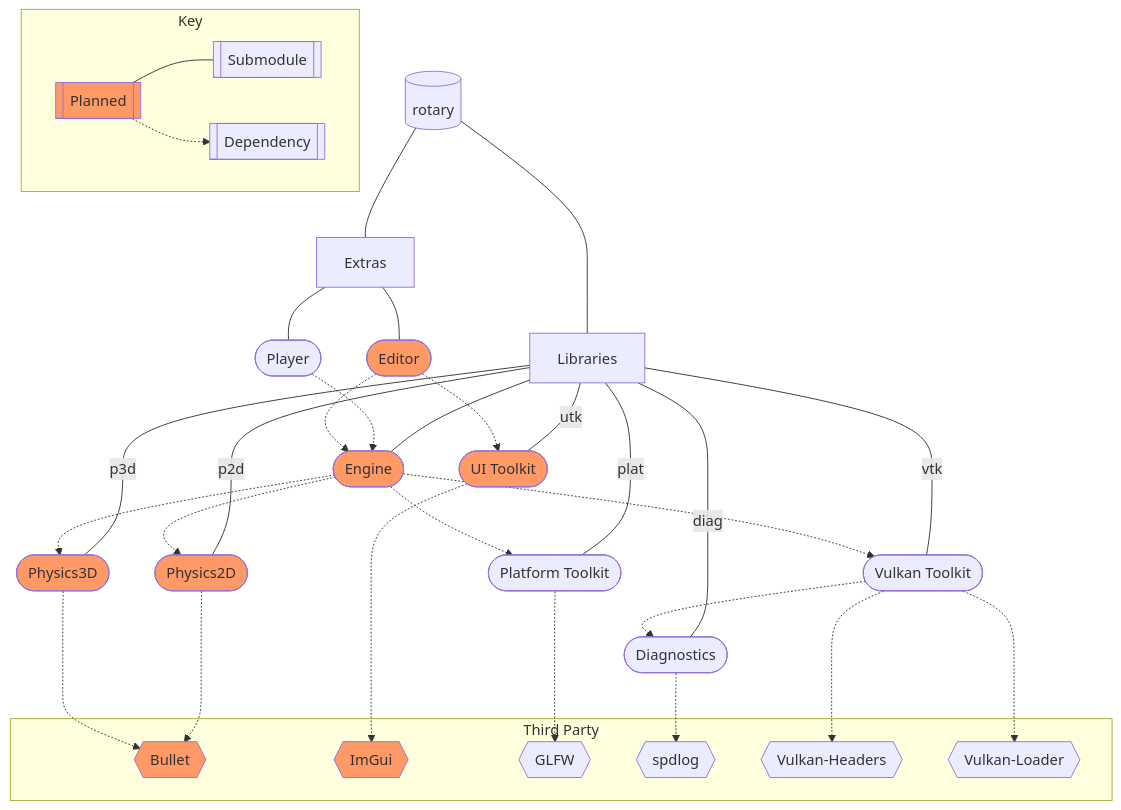
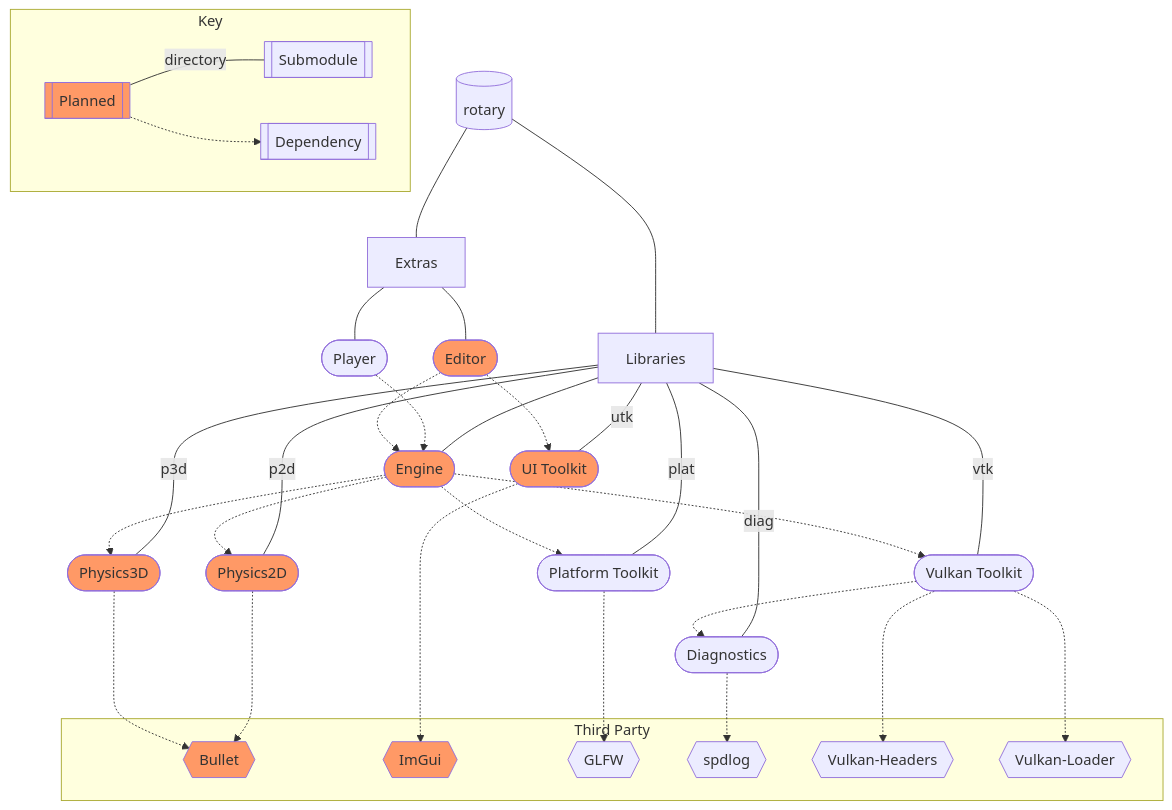
The diagram in docs/docs/project-structure.md (Tetrago/rotary), drawn with Mermaid before and after one commit. The commit also changed 1 other file, not shown here.

Commit message:
Fix typos
- Fixed edit page url.
- Clarified project structure key diagram.

````diff
--- a/docs/docs/project-structure.md
+++ b/docs/docs/project-structure.md
@@ -7,75 +7,75 @@
 ```mermaid
 flowchart TD
     rotary[(rotary)]
 
     extras[Extras]
     player([Player])
     editor([Editor])
 
     libs[Libraries]
     diag([Diagnostics])
     engine([Engine])
     p2d([Physics2D])
     p3d([Physics3D])
     plat([Platform Toolkit])
     utk([UI Toolkit])
     vtk([Vulkan Toolkit])
 
     subgraph "Third Party"
         bullet{{Bullet}}
         imgui{{ImGui}}
         glfw{{GLFW}}
         spdlog{{spdlog}}
         vulkan_headers{{Vulkan-Headers}}
         vulkan_loader{{Vulkan-Loader}}
     end
 
     rotary --- extras & libs
     extras --- player & editor
     libs --- engine
     libs -- diag --- diag
     libs -- p2d --- p2d
     libs -- p3d --- p3d
     libs -- utk --- utk
     libs -- plat --- plat
     libs -- vtk --- vtk
 
     player -.-> engine
     editor -.-> engine & utk
 
     diag -.-> spdlog
     engine -.-> p2d & p3d & plat & vtk
     p2d -.-> bullet
     p3d -.-> bullet
     plat -.-> glfw
     utk -.-> imgui
     vtk -.-> diag & vulkan_headers & vulkan_loader
 
     click bullet "https://github.com/bulletphysics/bullet3" _blank
     click imgui "https://github.com/ocornut/imgui" _blank
     click glfw "https://www.glfw.org/" _blank
     click spdlog "https://github.com/gabime/spdlog" _blank
     click vulkan_headers "https://github.com/KhronosGroup/Vulkan-Headers" _blank
     click vulkan_loader "https://github.com/KhronosGroup/Vulkan-Loader" _blank
 
     style editor fill:#f96
 
     style engine fill:#f96
     style p2d fill:#f96
     style p3d fill:#f96
     style utk fill:#f96
 
     style bullet fill:#f96
     style imgui fill:#f96
 
     planned[[Planned]]
     dependency[[Dependency]]
     submodule[[Submodule]]
 
     subgraph "Key"
-        planned --- submodule
+        planned -- directory --- submodule
         planned -.-> dependency
     end
 
     style planned fill:#f96
 ```
````
